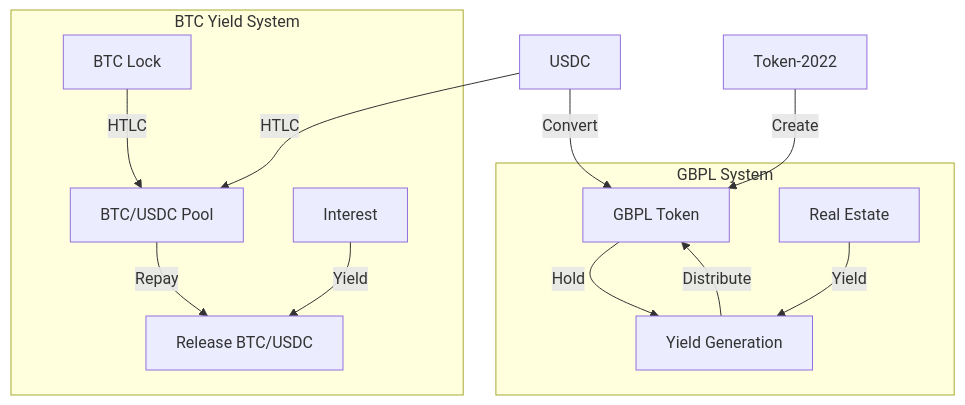
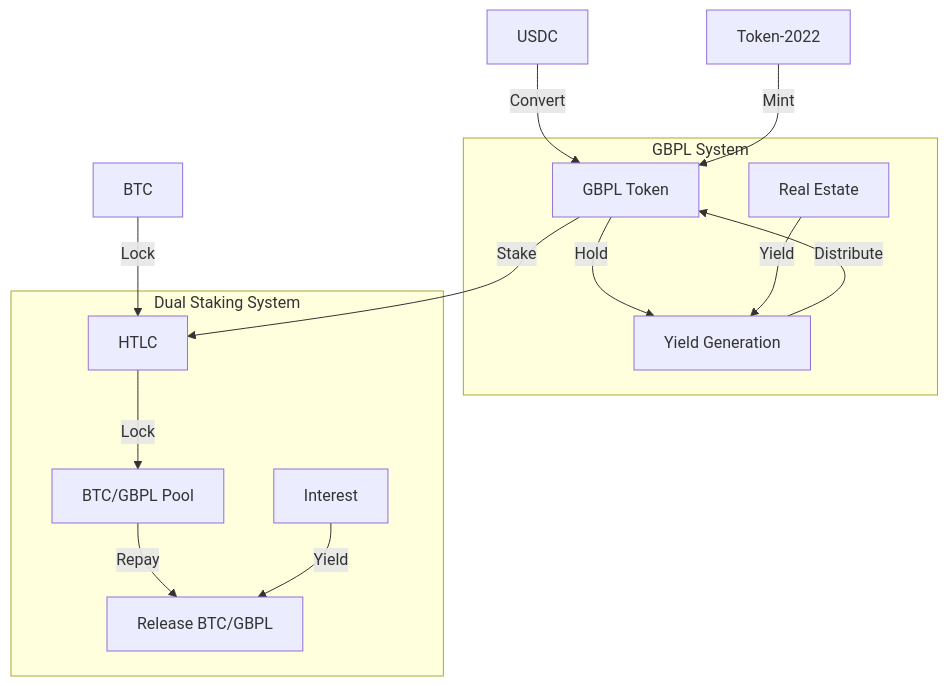
Before and after one commit to BridgingFi/solpunk: the first of 3 diagrams in README.md, drawn with Mermaid. The commit also changed other lines of this file and 17 other files, not shown here.

Commit message:
Bitcoin Dual staking mock.

````diff
--- a/README.md
+++ b/README.md
@@ -52,19 +57,20 @@
 ```mermaid
 graph TB
     A[USDC] -->|Convert| B[GBPL Token]
 
-    I[Token-2022] -->|Create| B
+    I[Token-2022] -->|Mint| B
 
     subgraph "GBPL System"
         B -->|Hold| C[Yield Generation]
         D[Real Estate] -->|Yield| C
         C -->|Distribute| B
     end
 
-    A -->|HTLC| F
-    subgraph "BTC Yield System"
-        E[BTC Lock] -->|HTLC| F[BTC/USDC Pool]
-        F -->|Repay| H[Release BTC/USDC]
+    B -->|Stake| E
+    J[BTC] -->|Lock| E
+    subgraph "Dual Staking System"
+        E[HTLC] -->|Lock| F[BTC/GBPL Pool]
+        F -->|Repay| H[Release BTC/GBPL]
         G[Interest] -->|Yield| H
     end
 ```
````
